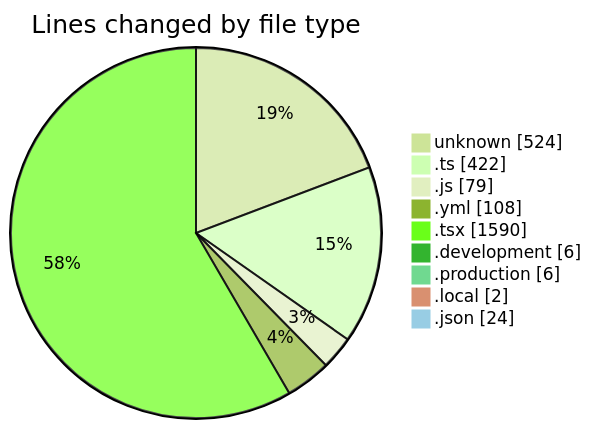
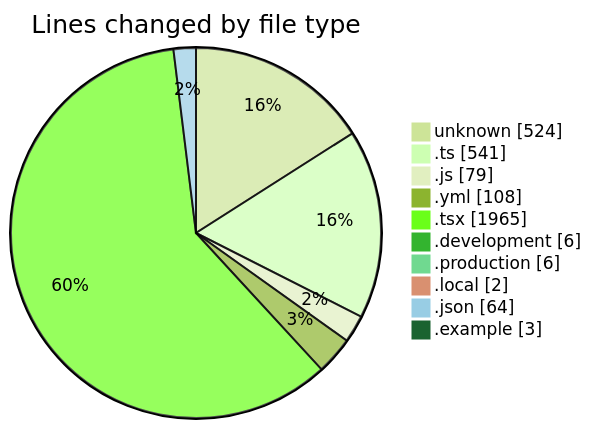
Before and after one commit to Elitesun/code-tracking: the first of 2 diagrams in 2025-05-17/niten/README.md, drawn with Mermaid (forest theme). The commit also changed other lines of this file and 1 other file, not shown here.

````diff
--- a/2025-05-17/niten/README.md
+++ b/2025-05-17/niten/README.md
@@ -44,13 +48,14 @@
 ```mermaid
 pie showData
 title Lines changed by file type
 "unknown" : 524
-".ts" : 422
+".ts" : 541
 ".js" : 79
 ".yml" : 108
-".tsx" : 1590
+".tsx" : 1965
 ".development" : 6
 ".production" : 6
 ".local" : 2
-".json" : 24
+".json" : 64
+".example" : 3
 ```
````
